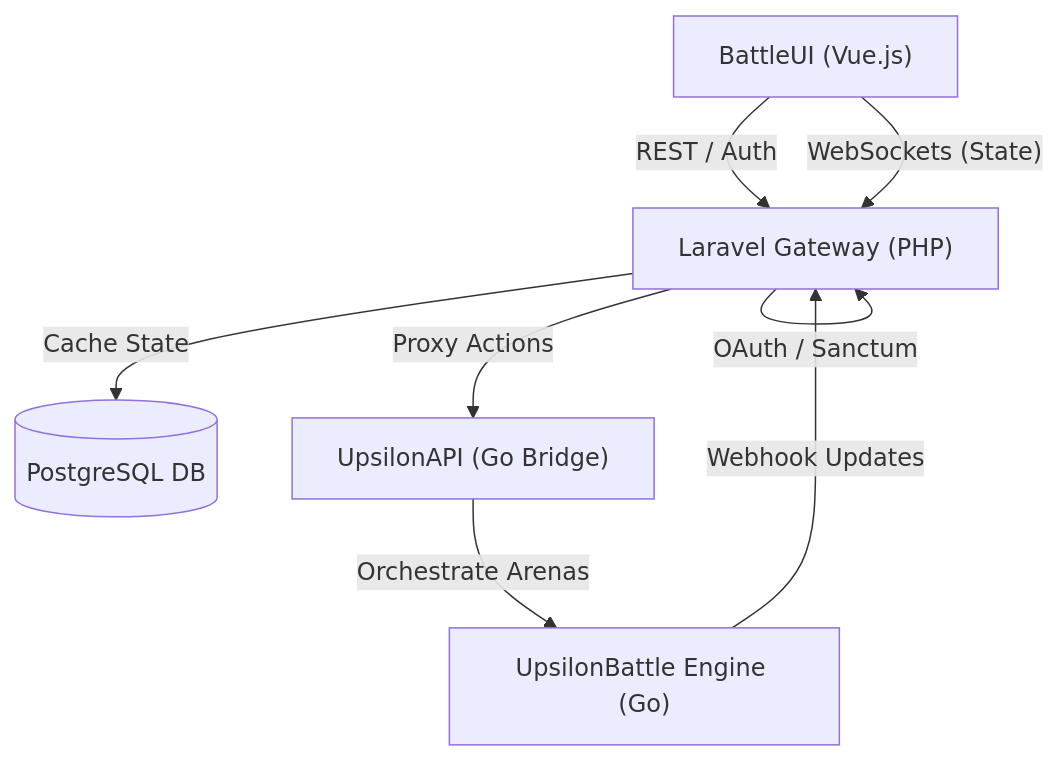
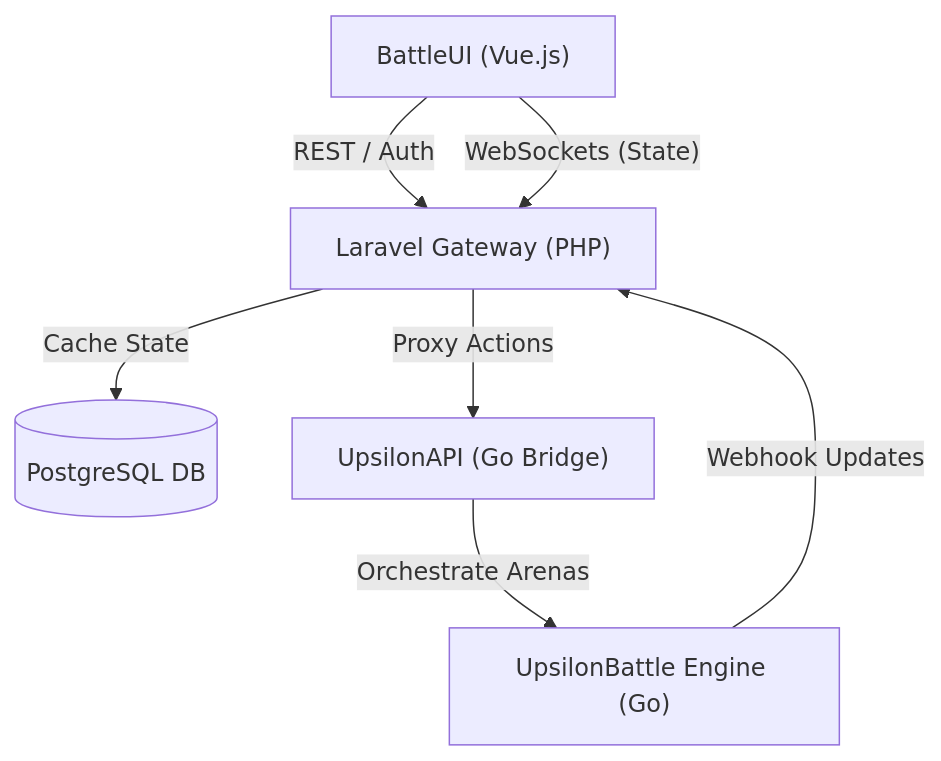
The diagram in SSD.md (ecumeurs/upsilon-hub), drawn with Mermaid before and after one commit. The commit also changed other lines of this file and 203 other files, not shown here.

````diff
--- a/SSD.md
+++ b/SSD.md
@@ -31,16 +31,15 @@
 ```mermaid
 flowchart TD
     UI["BattleUI (Vue.js)"]
     LGW["Laravel Gateway (PHP)"]
     DB[("PostgreSQL DB")]
     UAPI["UpsilonAPI (Go Bridge)"]
     UBG["UpsilonBattle Engine (Go)"]
 
     UI -- "REST / Auth" --> LGW
     UI -- "WebSockets (State)" --> LGW
     LGW -- "Proxy Actions" --> UAPI
-    LGW -- "OAuth / Sanctum" --> LGW
     LGW -- "Cache State" --> DB
     UAPI -- "Orchestrate Arenas" --> UBG
     UBG -- "Webhook Updates" --> LGW
 ```
````
